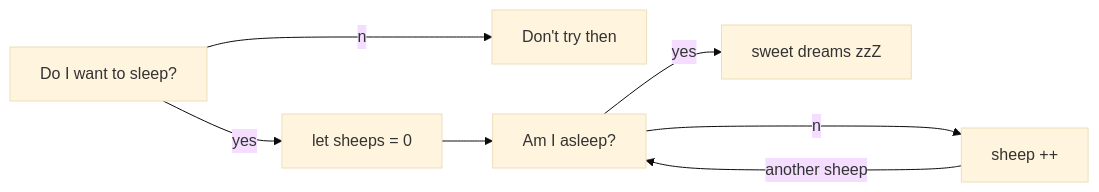
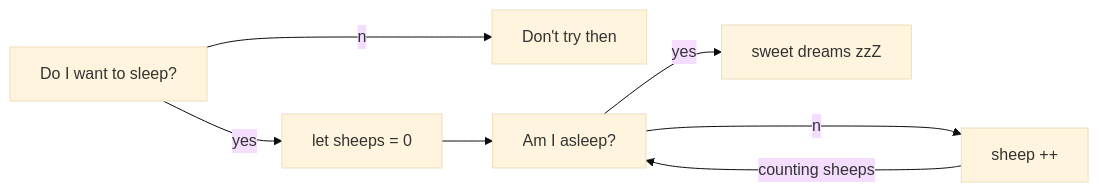
The second of 3 diagrams in README.md (Yelose/Yelose), drawn with Mermaid before and after one commit.

````diff
--- a/README.md
+++ b/README.md
@@ -26,8 +26,8 @@
 ```mermaid
     %%{init: {'theme':'base'}}%%
 flowchart LR
 id1[Do I want to sleep?]--yes-->id2[let sheeps = 0]
 id1--no-->id3[Don't try then]
 id2-->id4[Am I asleep?]--yes-->id5[sweet dreams zzZ]
-id4--no-->id6[sheep ++]--another sheep-->id4
+id4--no-->id6[sheep ++]--counting sheeps-->id4
 ```
````
